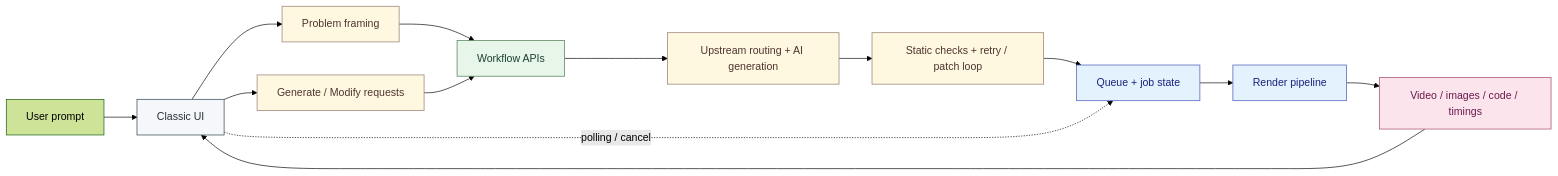
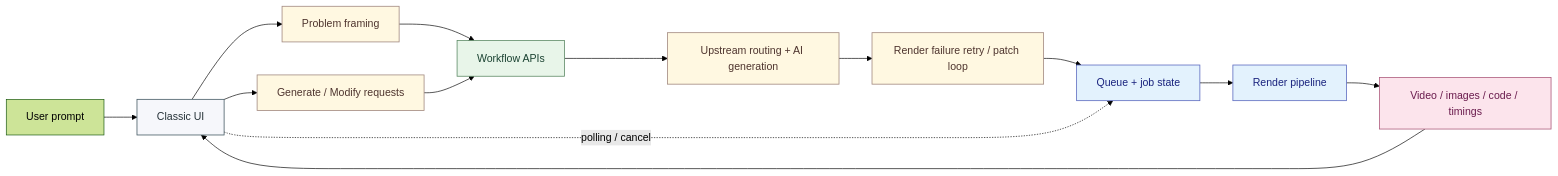
Before and after one commit to Wing900/ManimCat: the first of 2 diagrams in README.md, drawn with Mermaid (forest theme). The commit also changed other lines of this file and 38 other files, not shown here.

First line of the commit message:
chore(studio): remove the static check from every render path

````diff
--- a/README.md
+++ b/README.md
@@ -161,27 +161,27 @@
 ```mermaid
 flowchart LR
     classDef ui fill:#F6F7FB,stroke:#455A64,color:#263238,stroke-width:1.2px;
     classDef logic fill:#FFF8E1,stroke:#A1887F,color:#4E342E,stroke-width:1.2px;
     classDef api fill:#E8F5E9,stroke:#5D8A66,color:#1B4332,stroke-width:1.2px;
     classDef state fill:#E3F2FD,stroke:#5C6BC0,color:#1A237E,stroke-width:1.2px;
     classDef output fill:#FCE4EC,stroke:#AD5C7D,color:#6A1B4D,stroke-width:1.2px;
 
     U[User prompt] --> P1
     P1[Classic UI] --> P2[Problem framing]
     P1 --> P3[Generate / Modify requests]
     P2 --> A1[Workflow APIs]
     P3 --> A1
     A1 --> R1[Upstream routing + AI generation]
-    R1 --> C1[Static checks + retry / patch loop]
+    R1 --> C1[Render failure retry / patch loop]
     C1 --> B1[Queue + job state]
     B1 --> B2[Render pipeline]
     B2 --> O1[Video / images / code / timings]
     P1 -. polling / cancel .-> B1
     O1 --> P1
 
     class P1 ui;
     class P2,P3,R1,C1 logic;
     class A1 api;
     class B1,B2 state;
     class O1 output;
 ```
````
